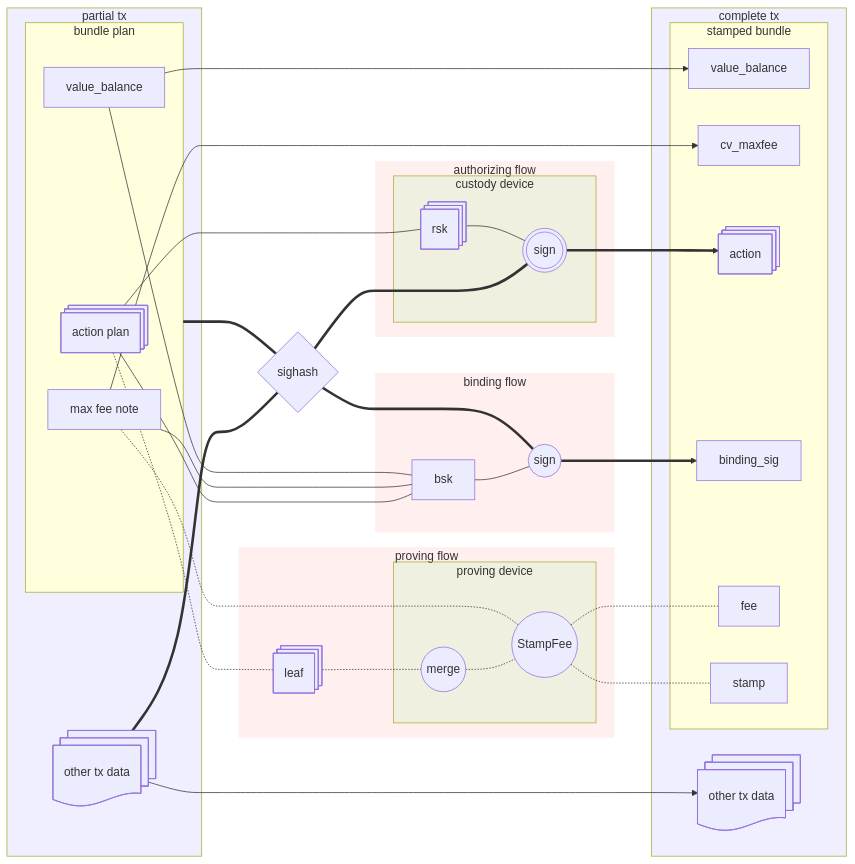
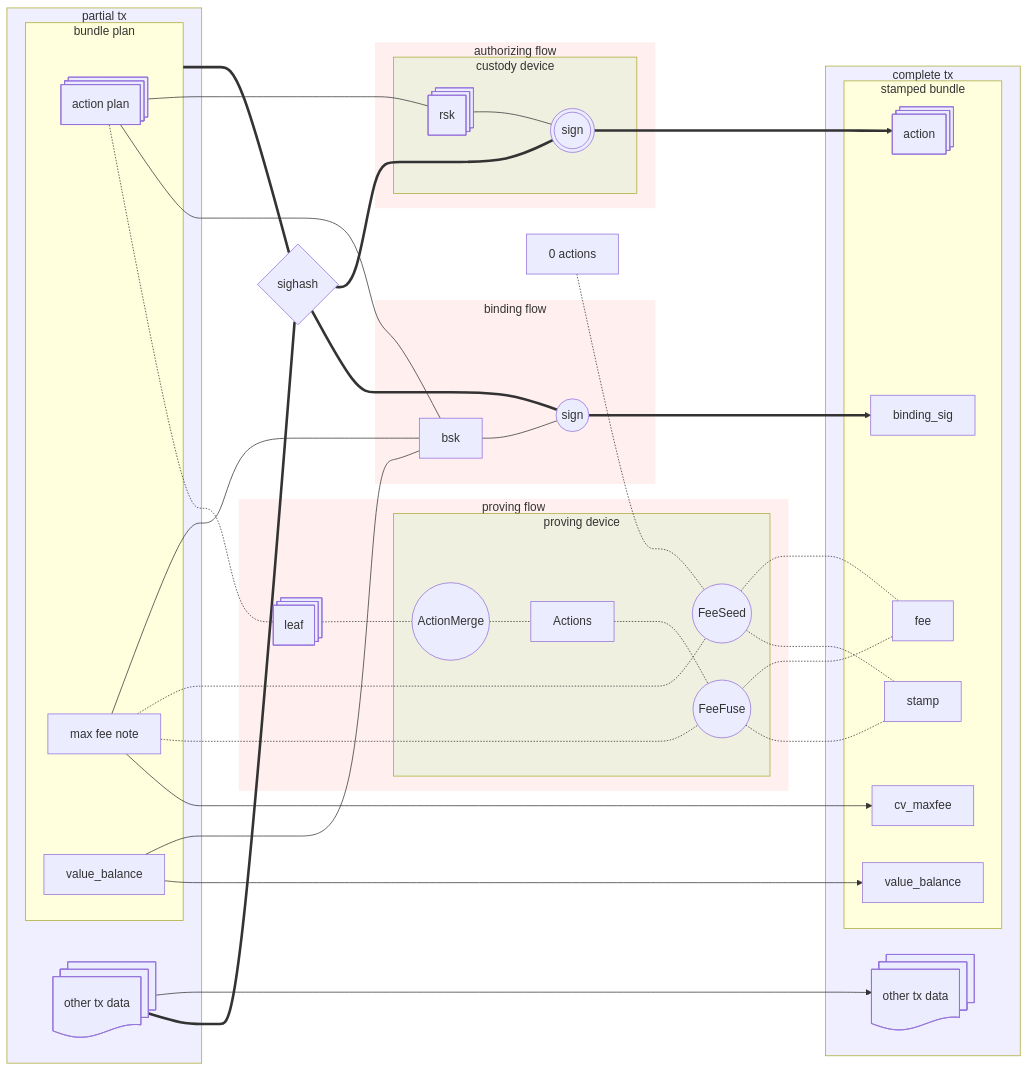
The second of 3 diagrams in book/src/authorization.md (tachyon-zcash/tachyon), drawn with Mermaid before and after one commit. The commit also changed other lines of this file and 4 other files, not shown here.

Commit message:
docs(book): describe pre-fee actions and fee-bearing stamps

````diff
--- a/book/src/authorization.md
+++ b/book/src/authorization.md
@@ -182,74 +182,77 @@
 ```mermaid
 flowchart LR
     style proving fill:#ff000010,stroke:none
     style authorization fill:#ff000010,stroke:none
     style binding fill:#ff000010,stroke:none
 
     style custody fill:#00ff0010
     style prover fill:#00ff0010
 
     style pczt fill:#0000ff10
     style tx fill:#0000ff10
 
 
     subgraph pczt[partial tx]
         subgraph bundle_plan["bundle plan"]
             action_plan@{ shape: st-rect, label: "action plan" }
             max_fee_note["max fee note"]
             value_balance
         end
         other1@{ shape: st-doc, label: "other tx data" } 
     end
     pczt ~~~ sighash{sighash}
     bundle_plan & other1 === sighash 
 
 
     value_balance --> value_balance_2[value_balance]
     max_fee_note --> cv_maxfee
 
     subgraph tx[complete tx]
         subgraph bundle["stamped bundle"]
             value_balance_2[value_balance]
             action@{ shape: st-rect }
             cv_maxfee
             binding_sig
             fee
             stamp
         end
         other2@{ shape: st-doc, label: "other tx data" }
     end
 
 
 
     subgraph proving["proving flow"]
         leaf@{ shape: st-rect, label: "leaf" }
         subgraph prover["proving device"]
-            merge((merge))
-            stamp_fee((StampFee))
+            merge((ActionMerge))
+            actions[Actions]
+            fee_fuse((FeeFuse))
+            fee_seed((FeeSeed))
         end
     end
-    action_plan -.- leaf -.- merge -.- stamp_fee -.- stamp
-    max_fee_note -.- stamp_fee -.- fee
+    action_plan -.- leaf -.- merge -.- actions -.- fee_fuse -.- stamp
+    zero_actions["0 actions"] -.- fee_seed -.- stamp
+    max_fee_note -.- fee_fuse & fee_seed -.- fee
 
 
     sighash ~~~ binding
     subgraph binding["binding flow"]
         bsk 
         sign_binding_sig(("sign"))
     end
     action_plan & max_fee_note & value_balance --- bsk --- sign_binding_sig ==> binding_sig
     sighash === sign_binding_sig
 
     sighash ~~~ authorization
     subgraph authorization["authorizing flow"]
         subgraph custody["custody device"]
             rsk@{ shape: st-rect }
             sign_action((("sign")))
         end
     end
     sighash === sign_action
     action_plan --- rsk --- sign_action ==> action
 
     other1 --> other2
     pczt ~~~ sighash
 ```
````
